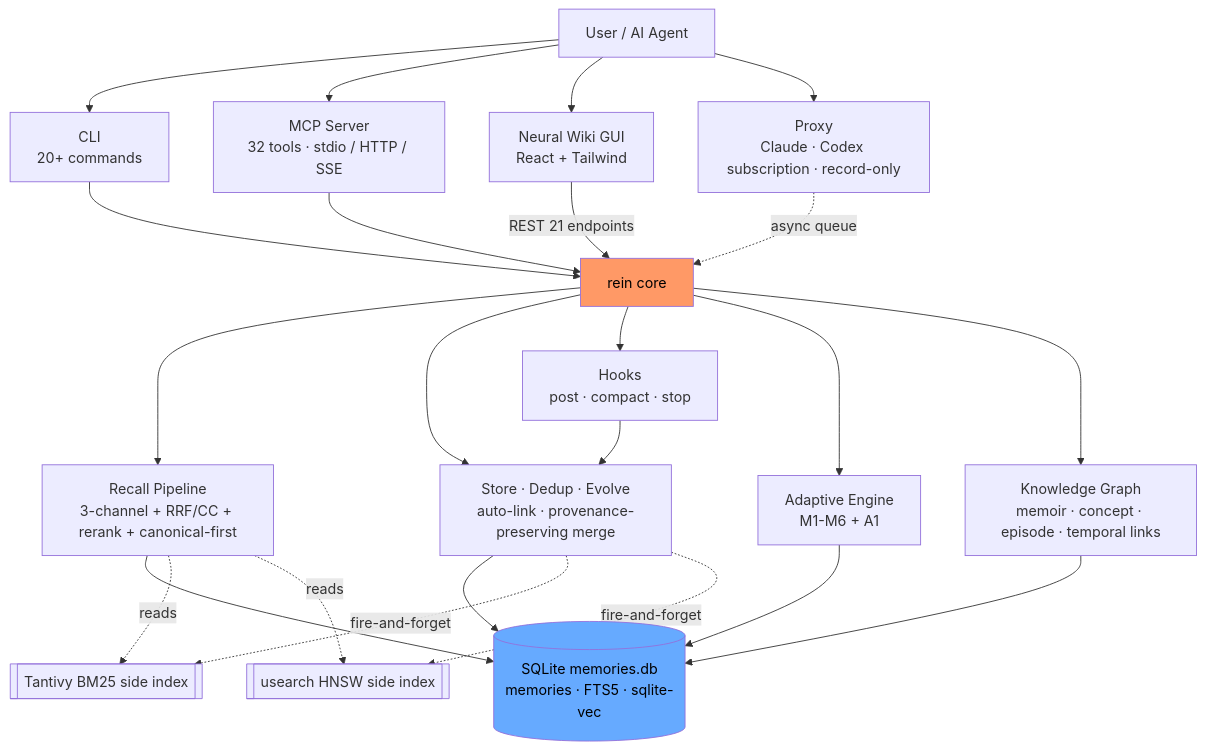
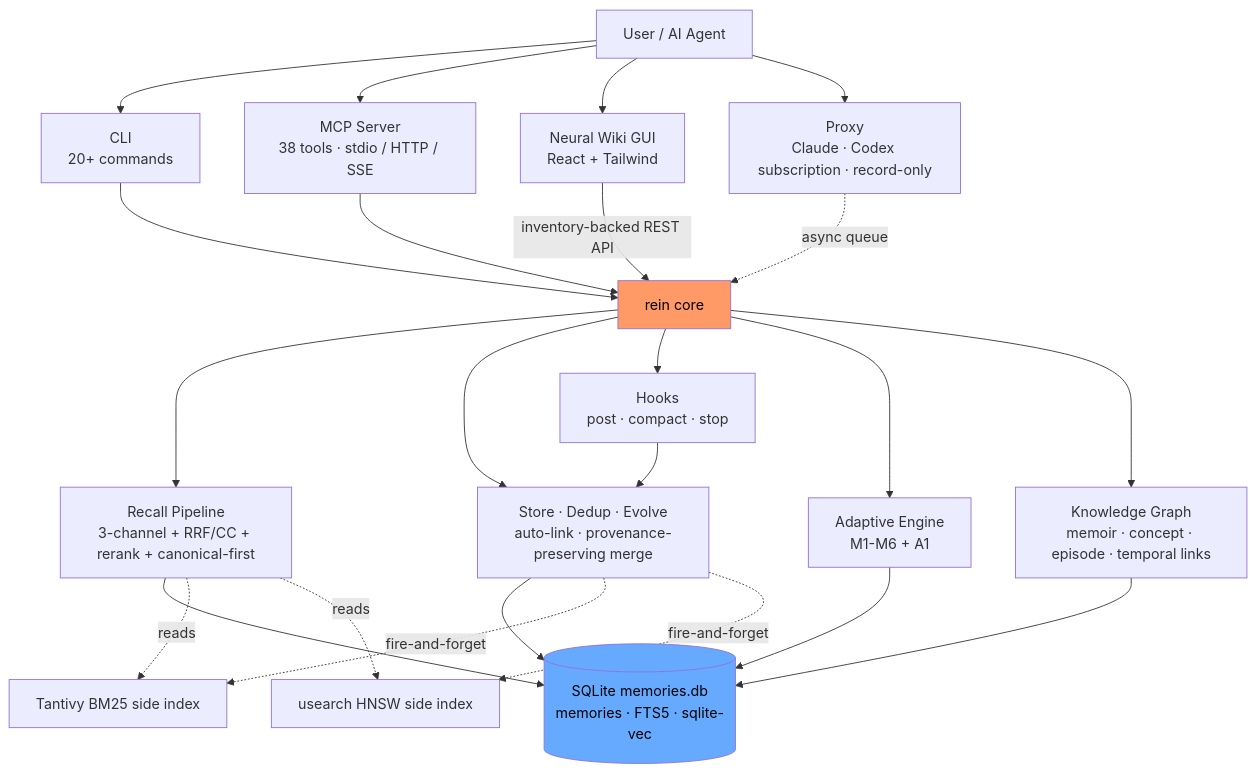
Before and after one commit to lyr1cs/rein: the fourth of 8 diagrams in README.md, drawn with Mermaid. The commit also changed other lines of this file and 14 other files, not shown here.

````diff
--- a/README.md
+++ b/README.md
@@ -826,49 +789,49 @@
 ```mermaid
 flowchart TD
     U[User / AI Agent]
     CLI[CLI\n20+ commands]
-    MCP[MCP Server\n32 tools · stdio / HTTP / SSE]
+    MCP[MCP Server\n38 tools · stdio / HTTP / SSE]
     GUI[Neural Wiki GUI\nReact + Tailwind]
     PXY[Proxy\nClaude · Codex subscription · record-only]
 
     U --> CLI
     U --> MCP
     U --> GUI
     U --> PXY
 
     CORE[rein core]
     CLI --> CORE
     MCP --> CORE
-    GUI -->|REST 21 endpoints| CORE
+    GUI -->|inventory-backed REST API| CORE
     PXY -.->|async queue| CORE
 
     REC[Recall Pipeline\n3-channel + RRF/CC + rerank + canonical-first]
     ST[Store · Dedup · Evolve\nauto-link · provenance-preserving merge]
     HK[Hooks\npost · compact · stop]
     ADP[Adaptive Engine\nM1-M6 + A1]
     KG[Knowledge Graph\nmemoir · concept · episode · temporal links]
 
     CORE --> REC
     CORE --> ST
     CORE --> HK
     CORE --> ADP
     CORE --> KG
 
     DB[(SQLite memories.db\nmemories · FTS5 · sqlite-vec)]
-    TN[[Tantivy BM25 side index]]
-    US[[usearch HNSW side index]]
+    TN[Tantivy BM25 side index]
+    US[usearch HNSW side index]
 
     REC --> DB
     ST --> DB
     HK --> ST
     ADP --> DB
     KG --> DB
 
     ST -.fire-and-forget.-> TN
     ST -.fire-and-forget.-> US
     REC -.reads.-> TN
     REC -.reads.-> US
 
     style DB fill:#6af,color:#000
     style CORE fill:#f96,color:#000
 ```
````
